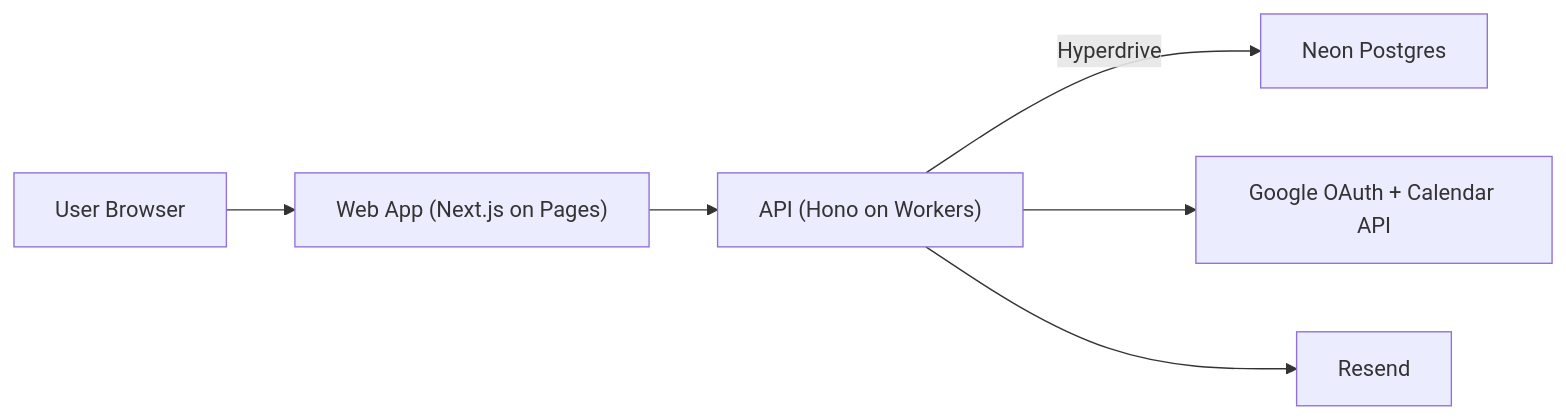
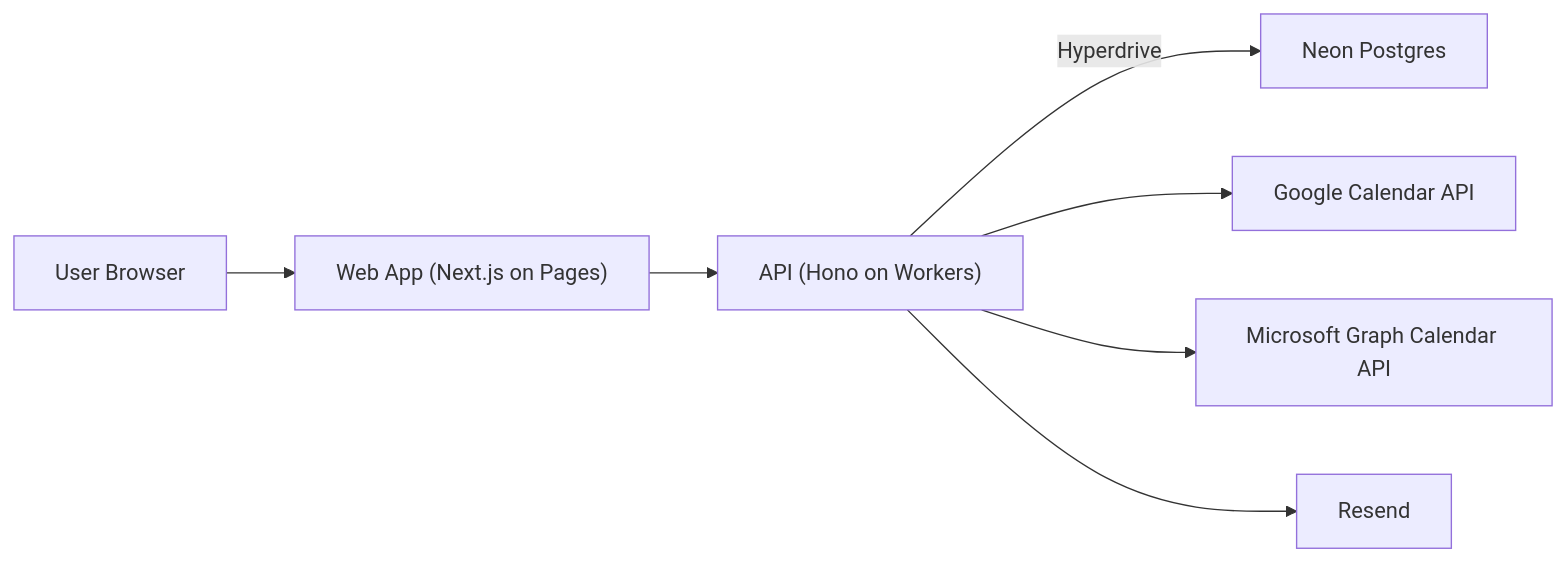
Before and after one commit to rohan-patnaik/opencalendly: the diagram in docs/ARCHITECTURE.md, drawn with Mermaid. The commit also changed other lines of this file and 21 other files, not shown here.

Commit message:
feat(calendar): add microsoft sync and booking writeback hardening

````diff
--- a/docs/ARCHITECTURE.md
+++ b/docs/ARCHITECTURE.md
@@ -5,8 +5,9 @@
 ```mermaid
 flowchart LR
   U["User Browser"] --> W["Web App (Next.js on Pages)"]
   W --> A["API (Hono on Workers)"]
   A -->|"Hyperdrive"| D["Neon Postgres"]
-  A --> G["Google OAuth + Calendar API"]
+  A --> G["Google Calendar API"]
+  A --> M["Microsoft Graph Calendar API"]
   A --> E["Resend"]
 ```
````
